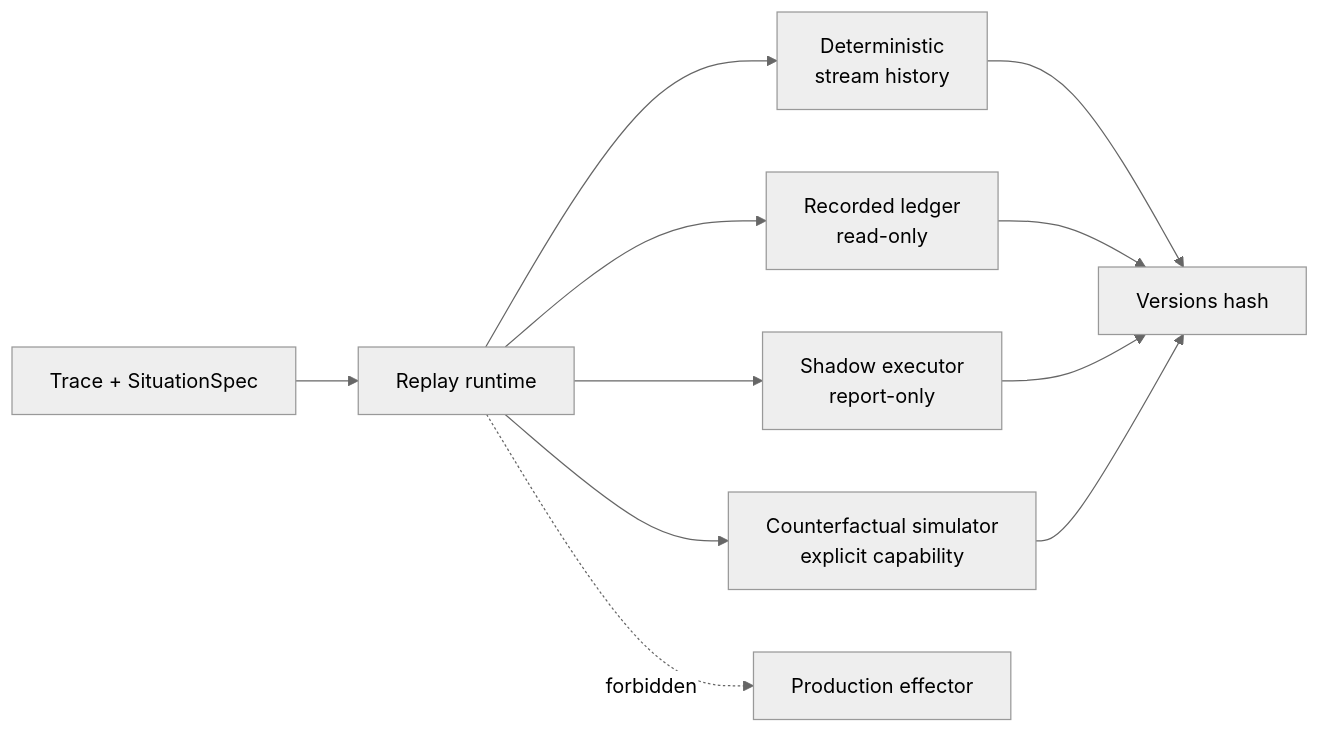
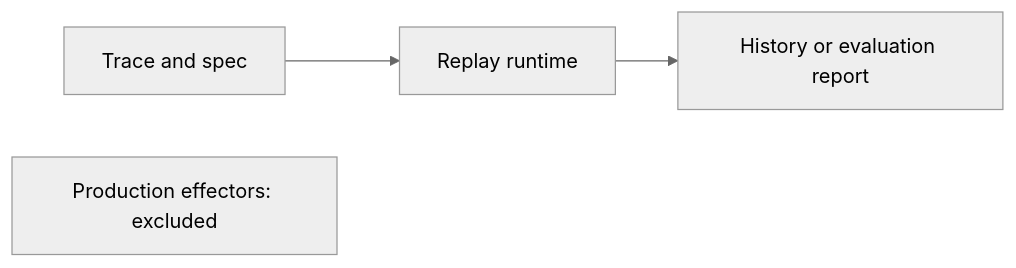
One commit to ghassan-ai-projects/agentic-stream changed the diagram in documentation/design/replay-and-shadow.md. Above: the diagram before and after it, drawn with Mermaid (neutral theme). The commit also changed other lines of this file and 37 other files, not shown here.

Commit message:
docs: simplify diagrams and verify the learning and runtime guides

````diff
--- a/documentation/design/replay-and-shadow.md
+++ b/documentation/design/replay-and-shadow.md
@@ -18,13 +20,6 @@
 ```mermaid
 flowchart LR
-    T["Trace + SituationSpec"] --> R["Replay runtime"]
-    R --> D["Deterministic\nstream history"]
-    R --> L["Recorded ledger\nread-only"]
-    R --> S["Shadow executor\nreport-only"]
-    R --> C["Counterfactual simulator\nexplicit capability"]
-    D --> H["Versions hash"]
-    L --> H
-    S --> H
-    C --> H
-    R -. forbidden .-> X["Production effector"]
+    T["Trace and spec"] --> R["Replay runtime"]
+    R --> O["History or evaluation report"]
+    E["Production effectors: excluded"]
 ```
````
